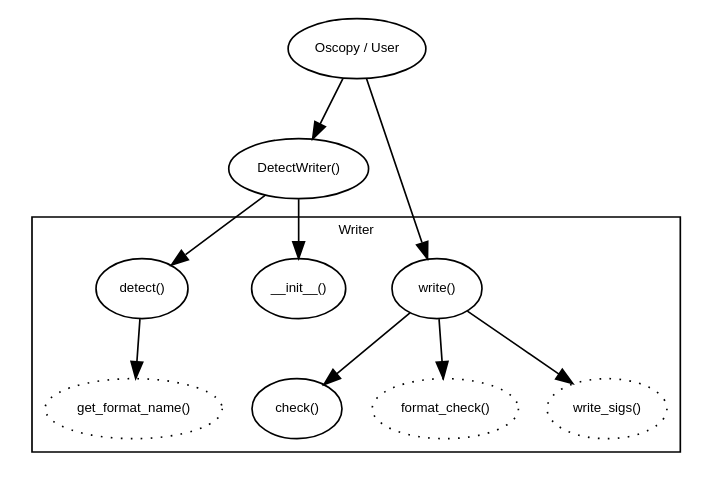
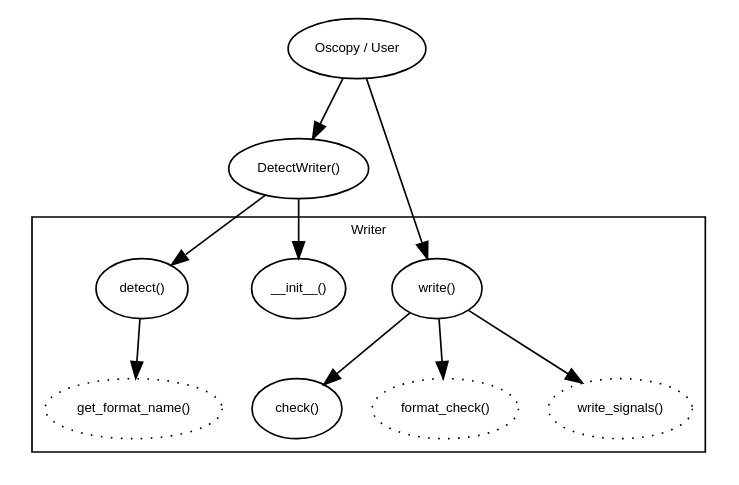
One commit to agardelein/oscopy changed the diagram in doc/manual/dot/writers.dot. Above: the diagram before and after it, drawn with Graphviz. The commit also changed 3 other files, not shown here.

Commit message:
Writers: rename *fmt*() to *format*()  and write_sigs() to write_signals()

```diff
--- a/doc/manual/dot/writers.dot
+++ b/doc/manual/dot/writers.dot
@@ -1,24 +1,24 @@
 digraph writers {
 	node [fontname="Helvetica",fontsize=8] ;
 	rankdir=TB;
 	User [label="Oscopy / User"];
 	DetectWriter [label="DetectWriter()"]
 	subgraph cluster0 {
 		fontname="Helvetica";
 		fontsize=8 ;
 		label="Writer";
 		check [label="check()"];
-		fmtcheck [label="format_check()",style=dotted]
-		write_sigs [label="write_sigs()",style=dotted];
+		formatcheck [label="format_check()",style=dotted]
+		write_sigs [label="write_signals()",style=dotted];
 		write [label="write()"];
 		init [label="__init__()"];
 		detect [label="detect()"];
-		getfmtname [label="get_format_name()",style=dotted]
+		getformatname [label="get_format_name()",style=dotted]
 		};
       		User -> write -> write_sigs ;		
 	User -> DetectWriter -> init
 	DetectWriter -> detect
 	write -> check
-	write -> fmtcheck
-	detect -> getfmtname
+	write -> formatcheck
+	detect -> getformatname
 }
```
